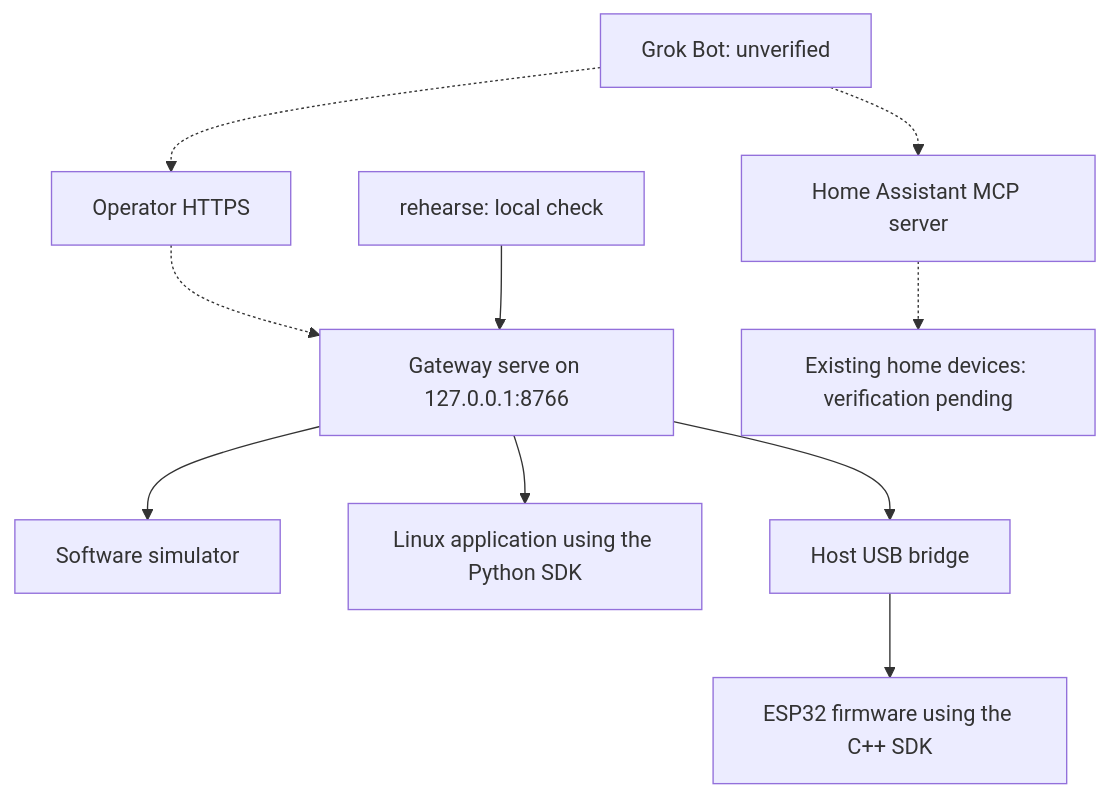
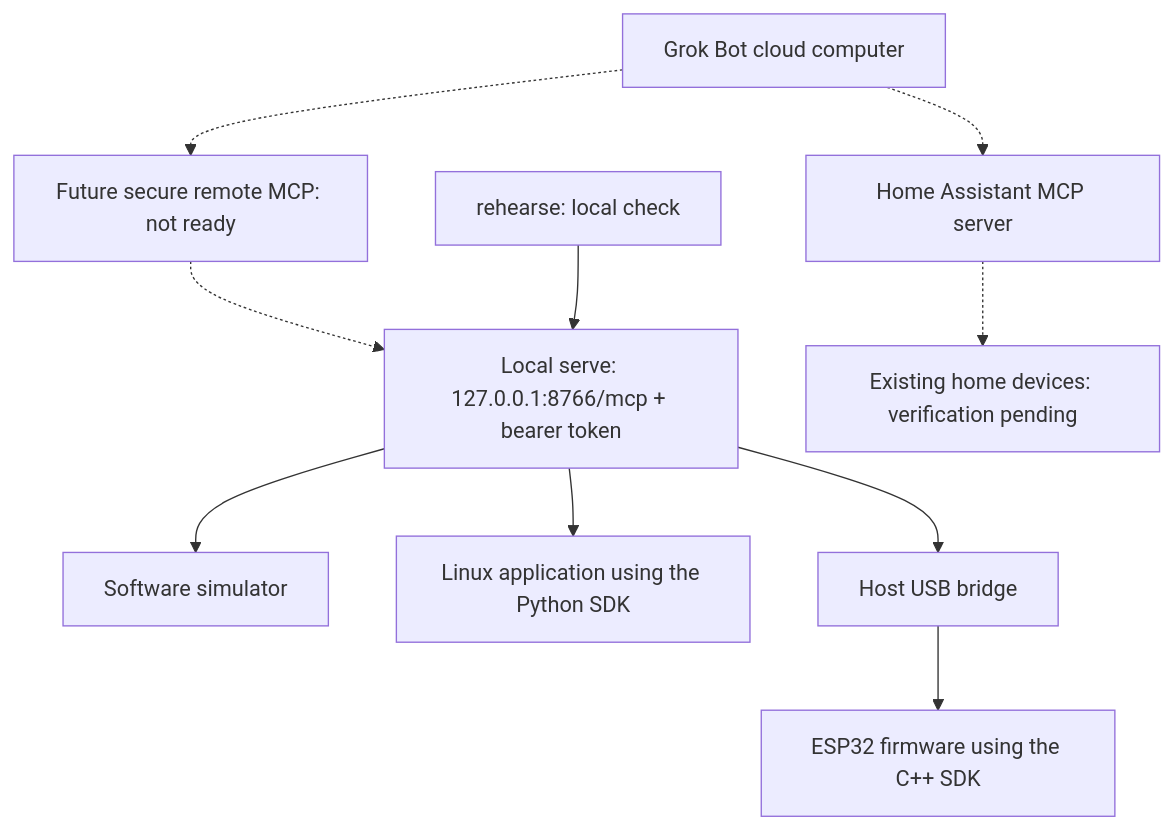
One commit to adidshaft/grok-gadgets changed the first of 2 diagrams in docs/architecture/overview.md. Above: the diagram before and after it, drawn with Mermaid. The commit also changed other lines of this file and 12 other files, not shown here.

Commit message:
docs(DOC-HOSTING): separate cloud, local execution and remote MCP routes

````diff
--- a/docs/architecture/overview.md
+++ b/docs/architecture/overview.md
@@ -15,12 +15,12 @@
 ```mermaid
 flowchart TD
-    G["Grok Bot: unverified"] -.-> T["Operator HTTPS"]
-    T -.-> W["Gateway serve on 127.0.0.1:8766"]
+    G["Grok Bot cloud computer"] -.-> T["Future secure remote MCP: not ready"]
+    T -.-> W["Local serve: 127.0.0.1:8766/mcp + bearer token"]
     C["rehearse: local check"] --> W
     W --> S["Software simulator"]
     W --> L["Linux application using the Python SDK"]
     W --> U["Host USB bridge"]
     U --> E["ESP32 firmware using the C++ SDK"]
     G -.-> H["Home Assistant MCP server"]
     H -.-> D["Existing home devices: verification pending"]
 ```
````
